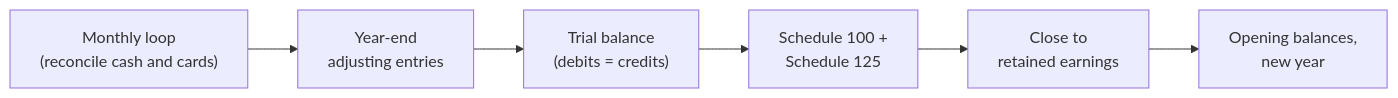
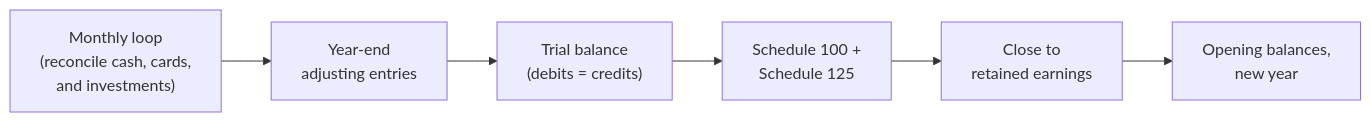
The diagram in guide/Bookkeeping/Period-Close.md (alexoooo/canadian-corp-info), drawn with Mermaid before and after one commit. The commit also changed other lines of this file and 12 other files, not shown here.

````diff
--- a/guide/Bookkeeping/Period-Close.md
+++ b/guide/Bookkeeping/Period-Close.md
@@ -31,8 +33,8 @@
 ```mermaid
 flowchart LR
-    M["Monthly loop<br/>(reconcile cash and cards)"] --> A["Year-end<br/>adjusting entries"]
+    M["Monthly loop<br/>(reconcile cash, cards,<br/>and investments)"] --> A["Year-end<br/>adjusting entries"]
     A --> TB["Trial balance<br/>(debits = credits)"]
     TB --> FS["Schedule 100 +<br/>Schedule 125"]
     FS --> C["Close to<br/>retained earnings"]
     C --> O["Opening balances,<br/>new year"]
 ```
````
